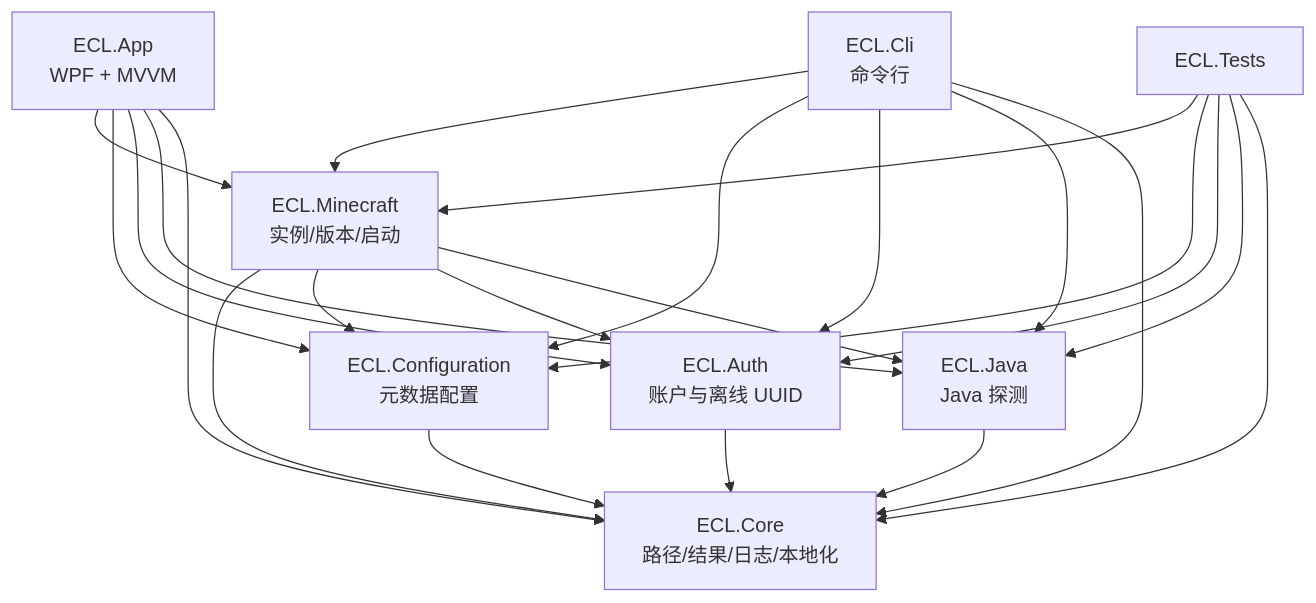
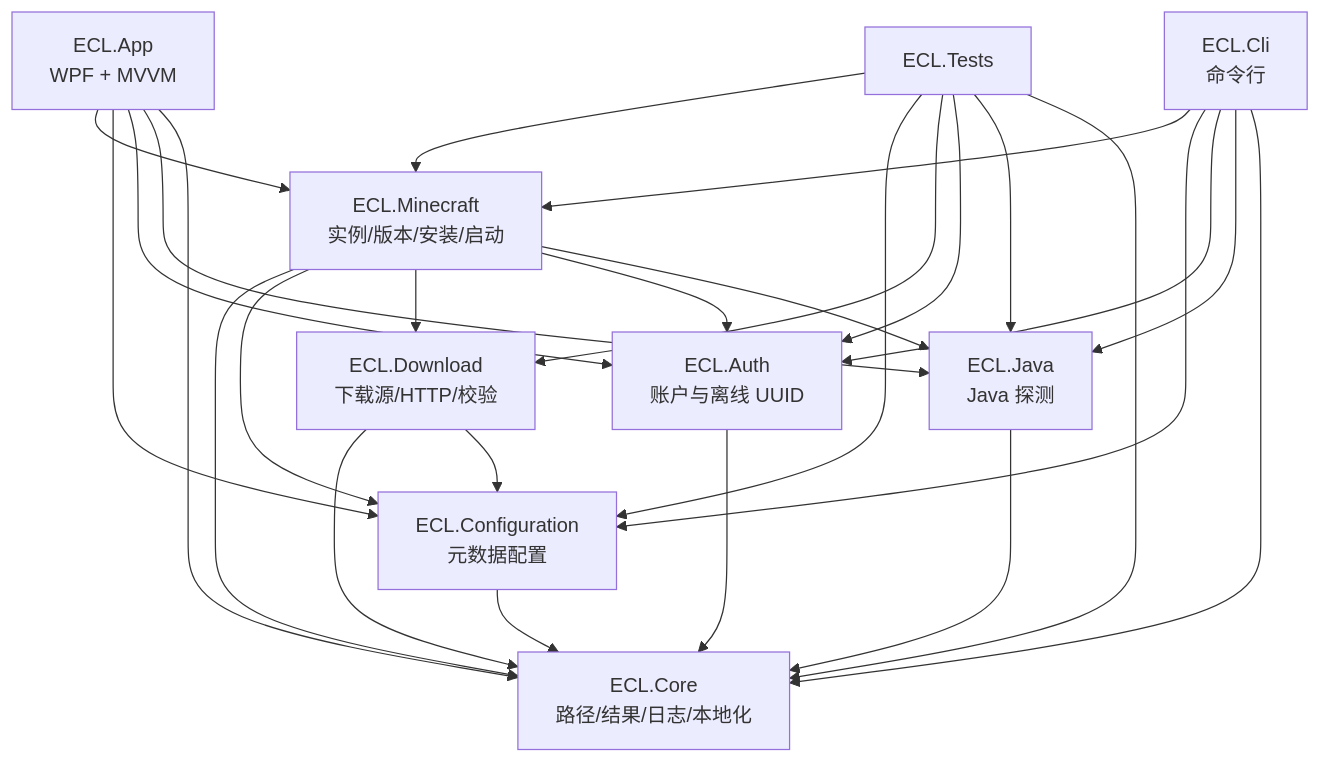
One commit to hellokug2699/Ender-Craft-Launcher changed the diagram in docs/architecture.md. Above: the diagram before and after it, drawn with Mermaid. The commit also changed other lines of this file and 55 other files, not shown here.

````diff
--- a/docs/architecture.md
+++ b/docs/architecture.md
@@ -28,34 +28,39 @@
 ```mermaid
 flowchart TD
     Core[ECL.Core<br/>路径/结果/日志/本地化]
     Config[ECL.Configuration<br/>元数据配置]
+    Download[ECL.Download<br/>下载源/HTTP/校验]
     Auth[ECL.Auth<br/>账户与离线 UUID]
     Java[ECL.Java<br/>Java 探测]
-    MC[ECL.Minecraft<br/>实例/版本/启动]
+    MC[ECL.Minecraft<br/>实例/版本/安装/启动]
     App[ECL.App<br/>WPF + MVVM]
     Cli[ECL.Cli<br/>命令行]
     Tests[ECL.Tests]
 
     Config --> Core
+    Download --> Core
+    Download --> Config
     Auth --> Core
     Java --> Core
     MC --> Core
     MC --> Config
+    MC --> Download
     MC --> Auth
     MC --> Java
     App --> MC
     App --> Config
     App --> Auth
     App --> Java
     App --> Core
     Cli --> MC
     Cli --> Config
     Cli --> Auth
     Cli --> Java
     Cli --> Core
     Tests --> MC
     Tests --> Config
+    Tests --> Download
     Tests --> Auth
     Tests --> Java
     Tests --> Core
 ```
````
